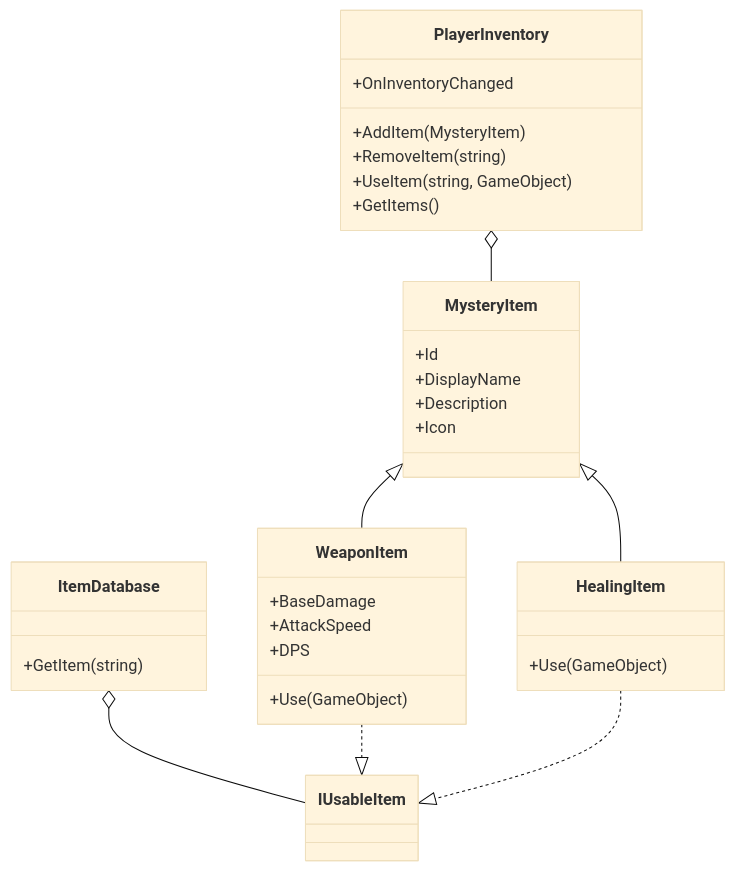
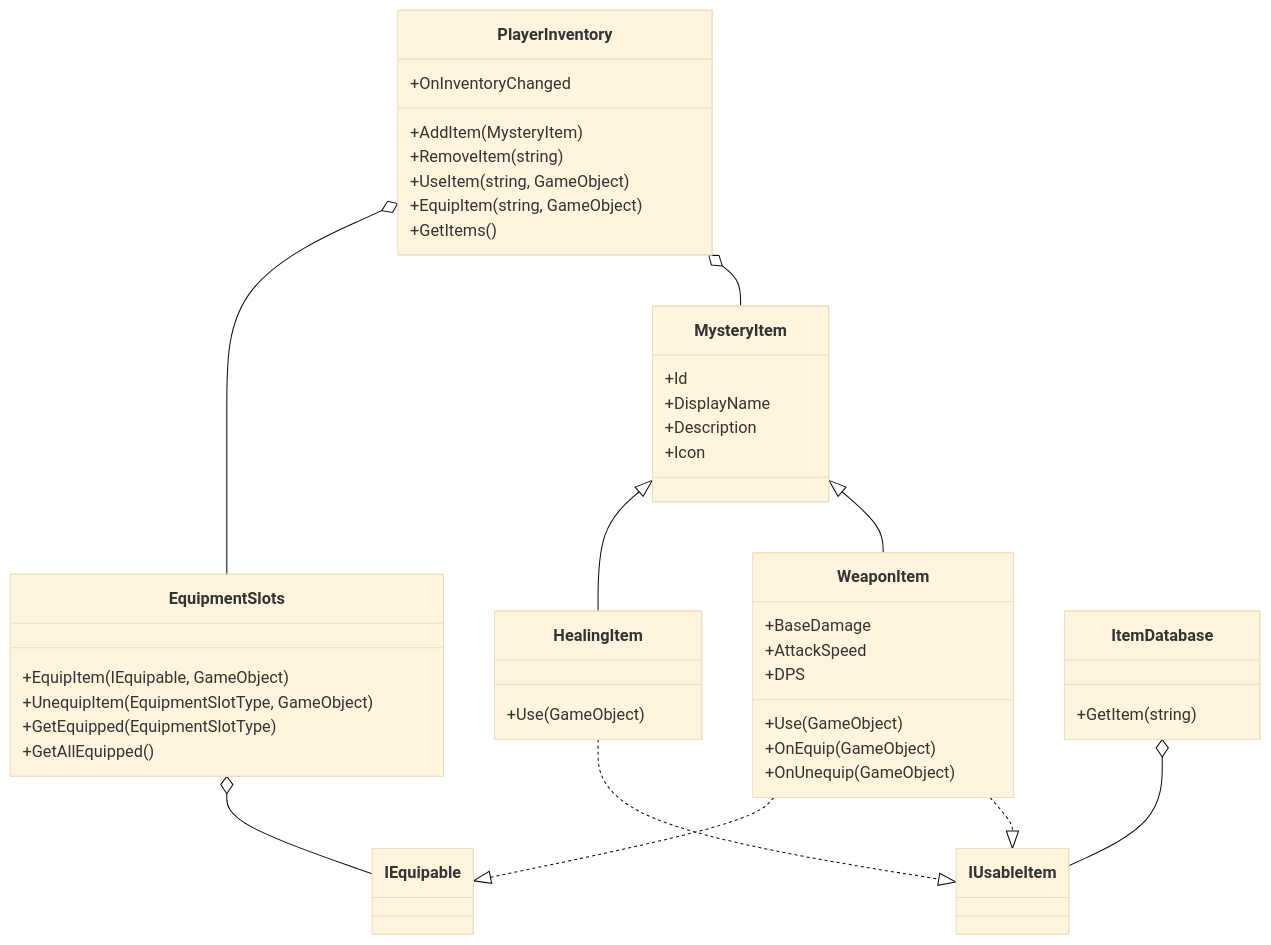
Before and after one commit to oscabaho/Proyect-Secret: the diagram in Assets/Scripts/DOCUMENTACION.md, drawn with Mermaid (base theme). The commit also changed other lines of this file and 24 other files, not shown here.

````diff
--- a/Assets/Scripts/DOCUMENTACION.md
+++ b/Assets/Scripts/DOCUMENTACION.md
@@ -196,34 +276,46 @@
 ```mermaid
 classDiagram
     class MysteryItem {
         +Id
         +DisplayName
         +Description
         +Icon
     }
     class WeaponItem {
         +BaseDamage
         +AttackSpeed
         +DPS
         +Use(GameObject)
+        +OnEquip(GameObject)
+        +OnUnequip(GameObject)
     }
     class HealingItem {
         +Use(GameObject)
     }
     class PlayerInventory {
         +AddItem(MysteryItem)
         +RemoveItem(string)
         +UseItem(string, GameObject)
+        +EquipItem(string, GameObject)
         +GetItems()
         +OnInventoryChanged
+    }
+    class EquipmentSlots {
+        +EquipItem(IEquipable, GameObject)
+        +UnequipItem(EquipmentSlotType, GameObject)
+        +GetEquipped(EquipmentSlotType)
+        +GetAllEquipped()
     }
     class ItemDatabase {
         +GetItem(string)
     }
     MysteryItem <|-- WeaponItem
     MysteryItem <|-- HealingItem
     PlayerInventory o-- MysteryItem
+    PlayerInventory o-- EquipmentSlots
+    EquipmentSlots o-- IEquipable
     ItemDatabase o-- IUsableItem
     WeaponItem ..|> IUsableItem
+    WeaponItem ..|> IEquipable
     HealingItem ..|> IUsableItem
 ```
````
